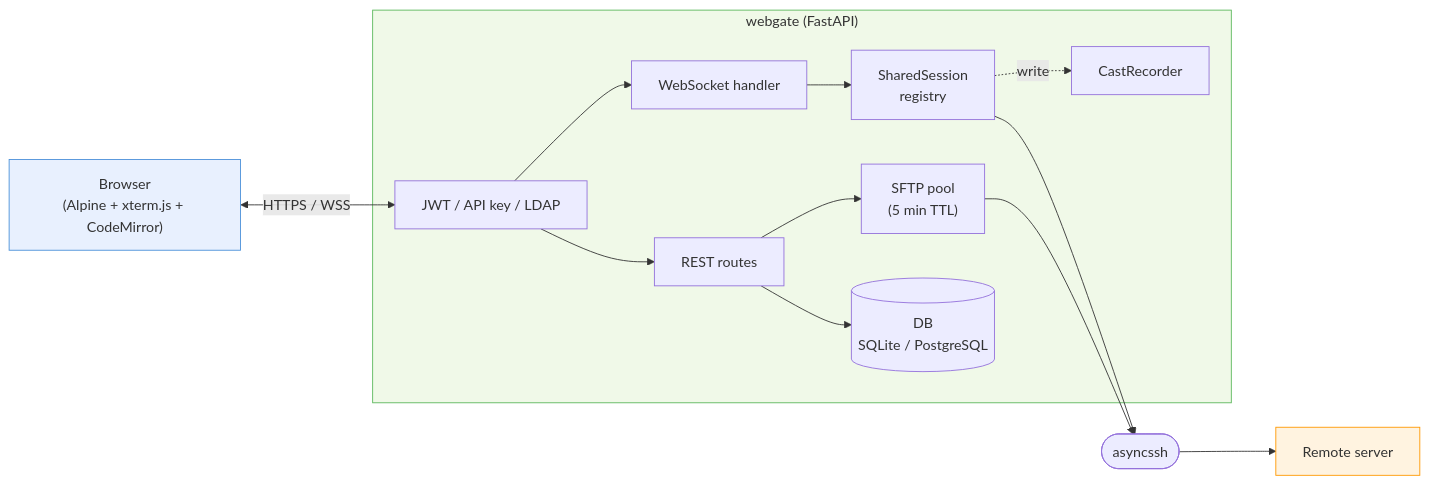
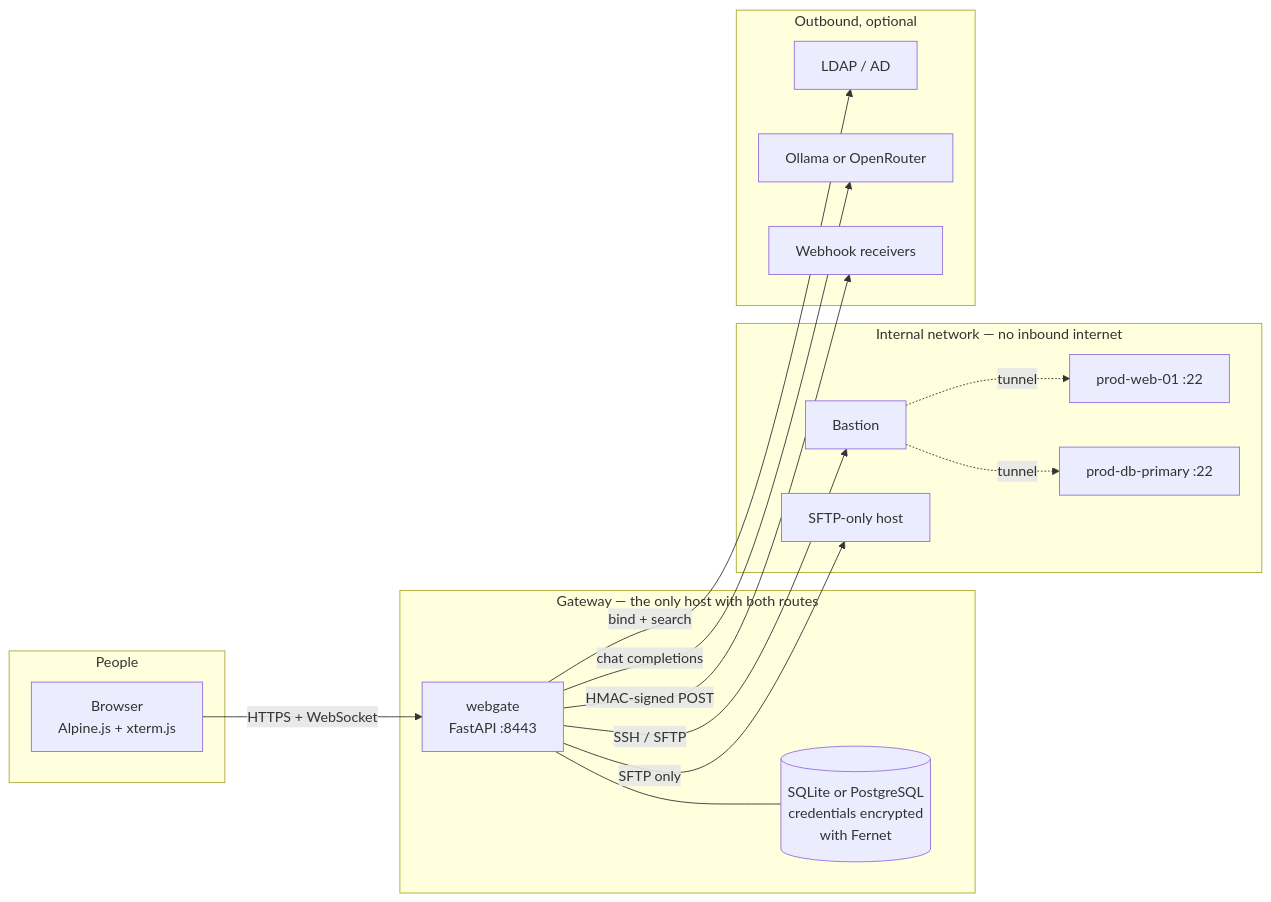
The third of 8 diagrams in README.md (kalexnolasco/webgate), drawn with Mermaid before and after one commit. The commit also changed other lines of this file and 8 other files, not shown here.

First line of the commit message:
v2.1.1: architecture documentation

````diff
--- a/README.md
+++ b/README.md
@@ -246,30 +263,34 @@
 ```mermaid
 flowchart LR
-    Browser["Browser<br/>(Alpine + xterm.js + CodeMirror)"]
-    subgraph webgate ["webgate (FastAPI)"]
-        AUTH["JWT / API key / LDAP"]
-        REST["REST routes"]
-        WS["WebSocket handler"]
-        POOL["SFTP pool<br/>(5 min TTL)"]
-        SHARED["SharedSession<br/>registry"]
-        REC["CastRecorder"]
-        DB[("DB<br/>SQLite / PostgreSQL")]
-    end
-    SSH(["asyncssh"])
-    REMOTE["Remote server"]
+  subgraph people["People"]
+    B["Browser<br/>Alpine.js + xterm.js"]
+  end
 
-    Browser <-- "HTTPS / WSS" --> AUTH
-    AUTH --> REST
-    AUTH --> WS
-    REST --> POOL
-    REST --> DB
-    WS --> SHARED
-    SHARED -. write .-> REC
-    SHARED --> SSH
-    POOL --> SSH
-    SSH --> REMOTE
+  subgraph gw["Gateway — the only host with both routes"]
+    W["webgate<br/>FastAPI :8443"]
+    DB[("SQLite or PostgreSQL<br/>credentials encrypted<br/>with Fernet")]
+  end
 
-    style Browser fill:#e8f0fe,stroke:#4a90d9
-    style webgate fill:#f0f9e8,stroke:#5cb85c
-    style REMOTE fill:#fff3e0,stroke:#ff9800
+  subgraph fleet["Internal network — no inbound internet"]
+    BAS["Bastion"]
+    S1["prod-web-01 :22"]
+    S2["prod-db-primary :22"]
+    S3["SFTP-only host"]
+  end
+
+  subgraph ext["Outbound, optional"]
+    LD["LDAP / AD"]
+    AI["Ollama or OpenRouter"]
+    WH["Webhook receivers"]
+  end
+
+  B -->|"HTTPS + WebSocket"| W
+  W --- DB
+  W -->|"SSH / SFTP"| BAS
+  BAS -.->|"tunnel"| S1
+  BAS -.->|"tunnel"| S2
+  W -->|"SFTP only"| S3
+  W -->|"bind + search"| LD
+  W -->|"chat completions"| AI
+  W -->|"HMAC-signed POST"| WH
 ```
````
